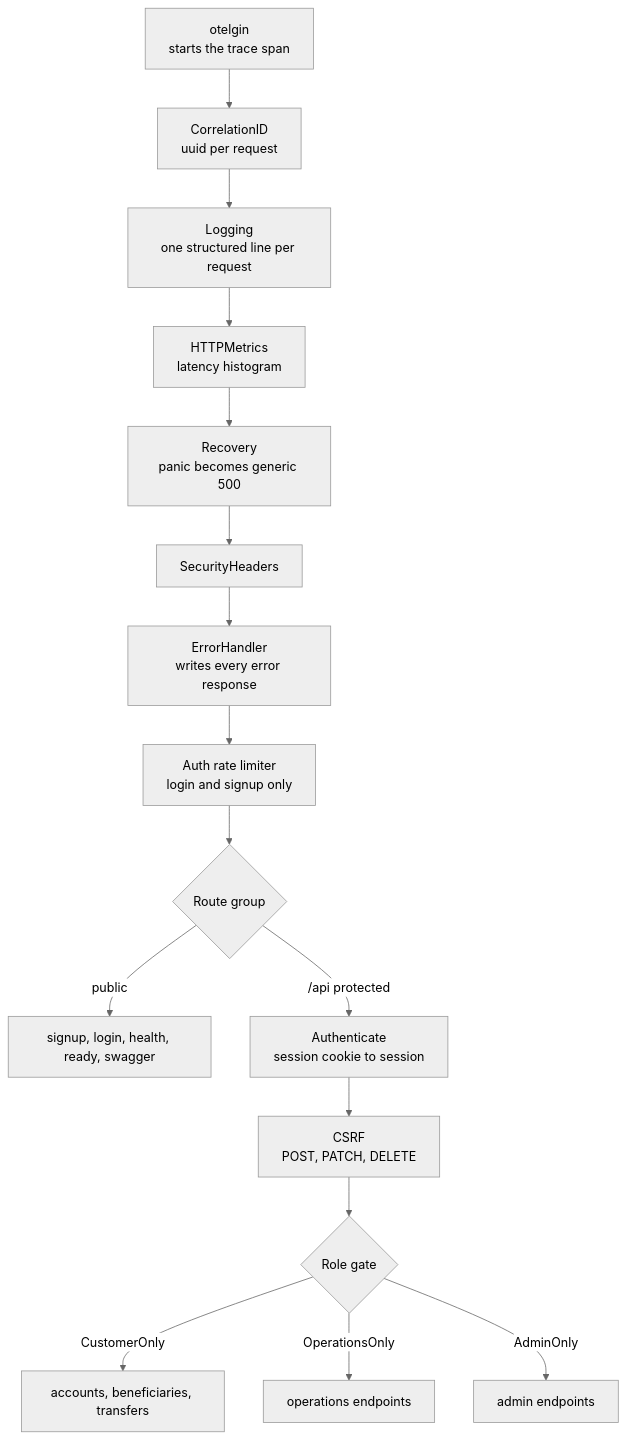
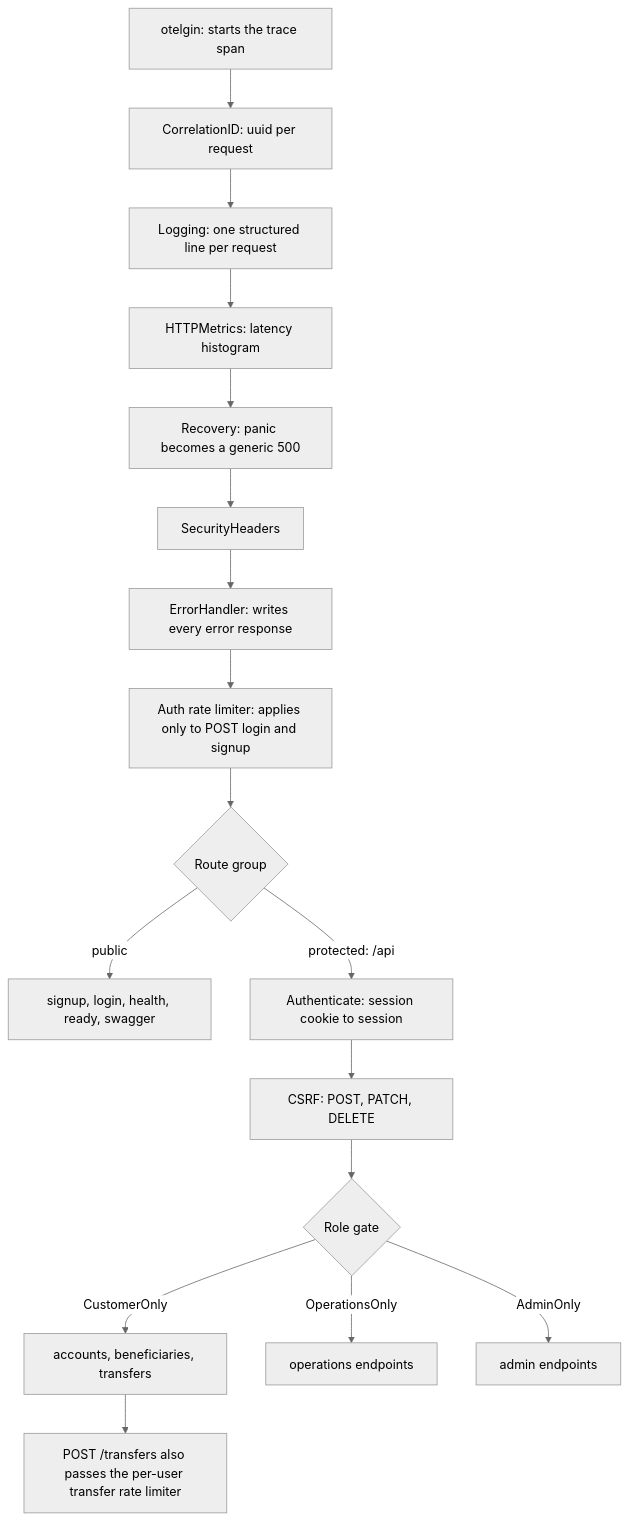
One commit to harshatha-exe/bank-app changed the third of 7 diagrams in docs/architecture.md. Above: the diagram before and after it, drawn with Mermaid (neutral theme). The commit also changed other lines of this file and 4 other files, not shown here.

Commit message:
Fix: [docs/] mermaid flows , missing apis

````diff
--- a/docs/architecture.md
+++ b/docs/architecture.md
@@ -48,18 +50,19 @@
 ```mermaid
 flowchart TD
-    A["otelgin<br/>starts the trace span"] --> B["CorrelationID<br/>uuid per request"]
-    B --> C["Logging<br/>one structured line per request"]
-    C --> D["HTTPMetrics<br/>latency histogram"]
-    D --> E["Recovery<br/>panic becomes generic 500"]
+    A["otelgin: starts the trace span"] --> B["CorrelationID: uuid per request"]
+    B --> C["Logging: one structured line per request"]
+    C --> D["HTTPMetrics: latency histogram"]
+    D --> E["Recovery: panic becomes a generic 500"]
     E --> F["SecurityHeaders"]
-    F --> G["ErrorHandler<br/>writes every error response"]
-    G --> H["Auth rate limiter<br/>login and signup only"]
+    F --> G["ErrorHandler: writes every error response"]
+    G --> H["Auth rate limiter: applies only to POST login and signup"]
     H --> I{"Route group"}
     I -->|"public"| P["signup, login, health, ready, swagger"]
-    I -->|"/api protected"| J["Authenticate<br/>session cookie to session"]
-    J --> K["CSRF<br/>POST, PATCH, DELETE"]
+    I -->|"protected: /api"| J["Authenticate: session cookie to session"]
+    J --> K["CSRF: POST, PATCH, DELETE"]
     K --> L{"Role gate"}
     L -->|"CustomerOnly"| CU["accounts, beneficiaries, transfers"]
     L -->|"OperationsOnly"| OP["operations endpoints"]
     L -->|"AdminOnly"| AD["admin endpoints"]
+    CU --> T["POST /transfers also passes the per-user transfer rate limiter"]
 ```
````
